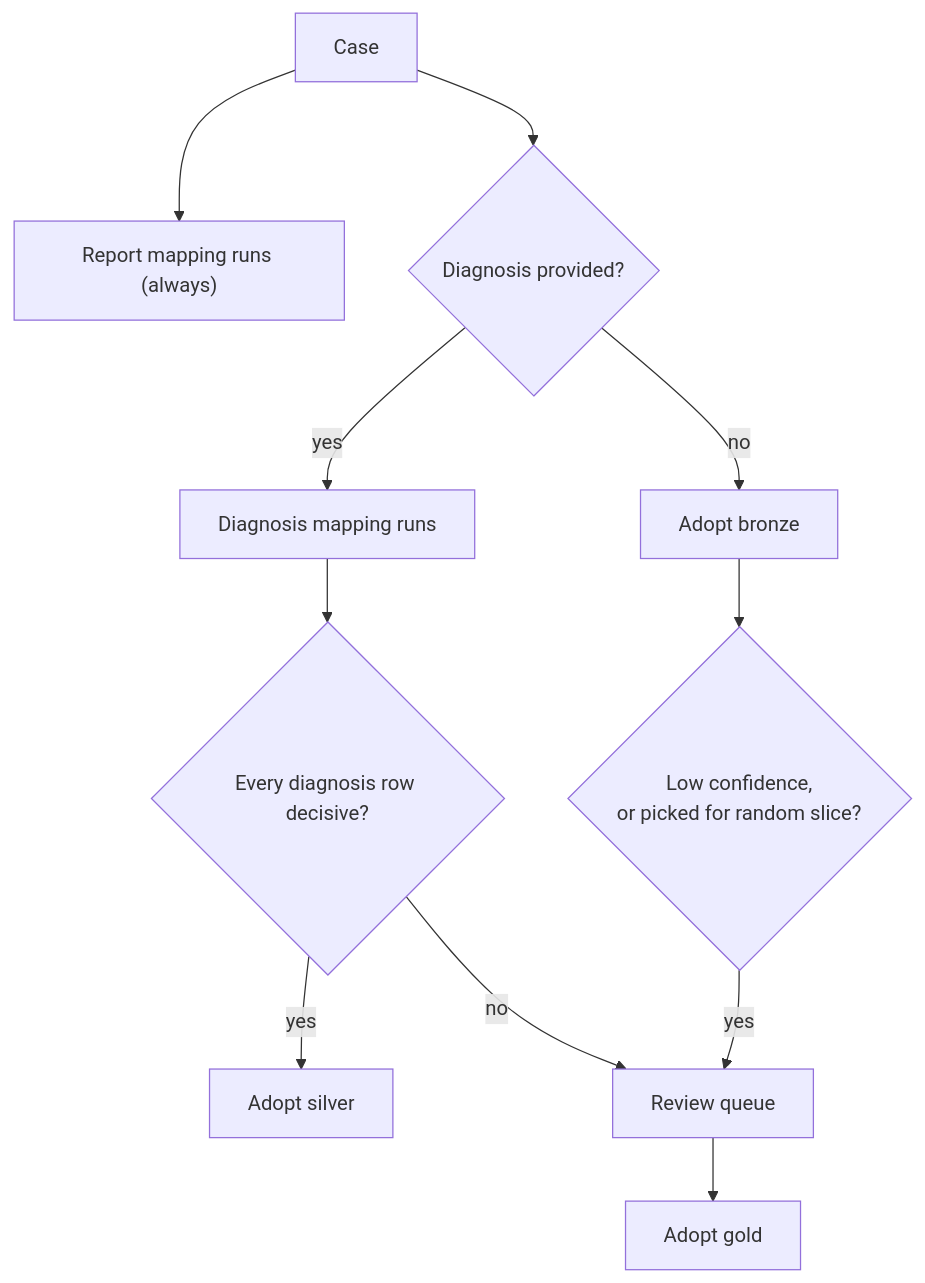
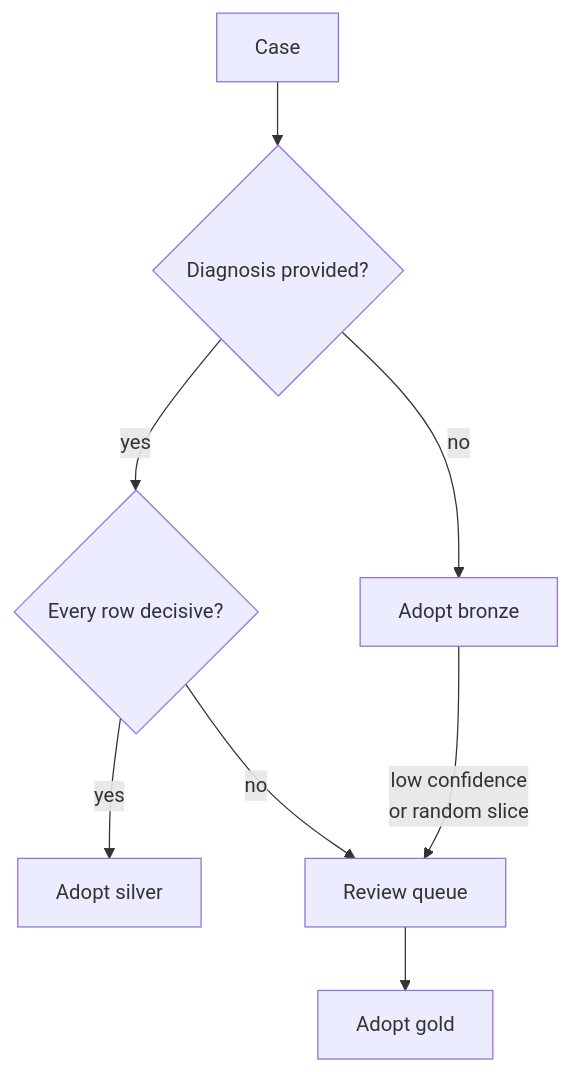
One commit to YugrajD/UC-Davis-VMTH-Cancer-Registry changed the first of 6 diagrams in ml/documentation/icd-mapping-strategy.md. Above: the diagram before and after it, drawn with Mermaid. The commit also changed other lines of this file, not shown here.

````diff
--- a/ml/documentation/icd-mapping-strategy.md
+++ b/ml/documentation/icd-mapping-strategy.md
@@ -49,13 +50,10 @@
 ```mermaid
 flowchart TD
-    C["Case"] --> B["Report mapping runs (always)"]
-    C --> D{"Diagnosis provided?"}
+    C["Case"] --> D{"Diagnosis provided?"}
     D -- "no" --> AB["Adopt bronze"]
-    D -- "yes" --> S["Diagnosis mapping runs"]
-    S --> V{"Every diagnosis row decisive?"}
+    D -- "yes" --> V{"Every row decisive?"}
     V -- "yes" --> AS["Adopt silver"]
     V -- "no" --> Q["Review queue"]
-    AB --> R{"Low confidence,<br/>or picked for random slice?"}
-    R -- "yes" --> Q
+    AB -- "low confidence<br/>or random slice" --> Q
     Q --> AG["Adopt gold"]
 ```
````
